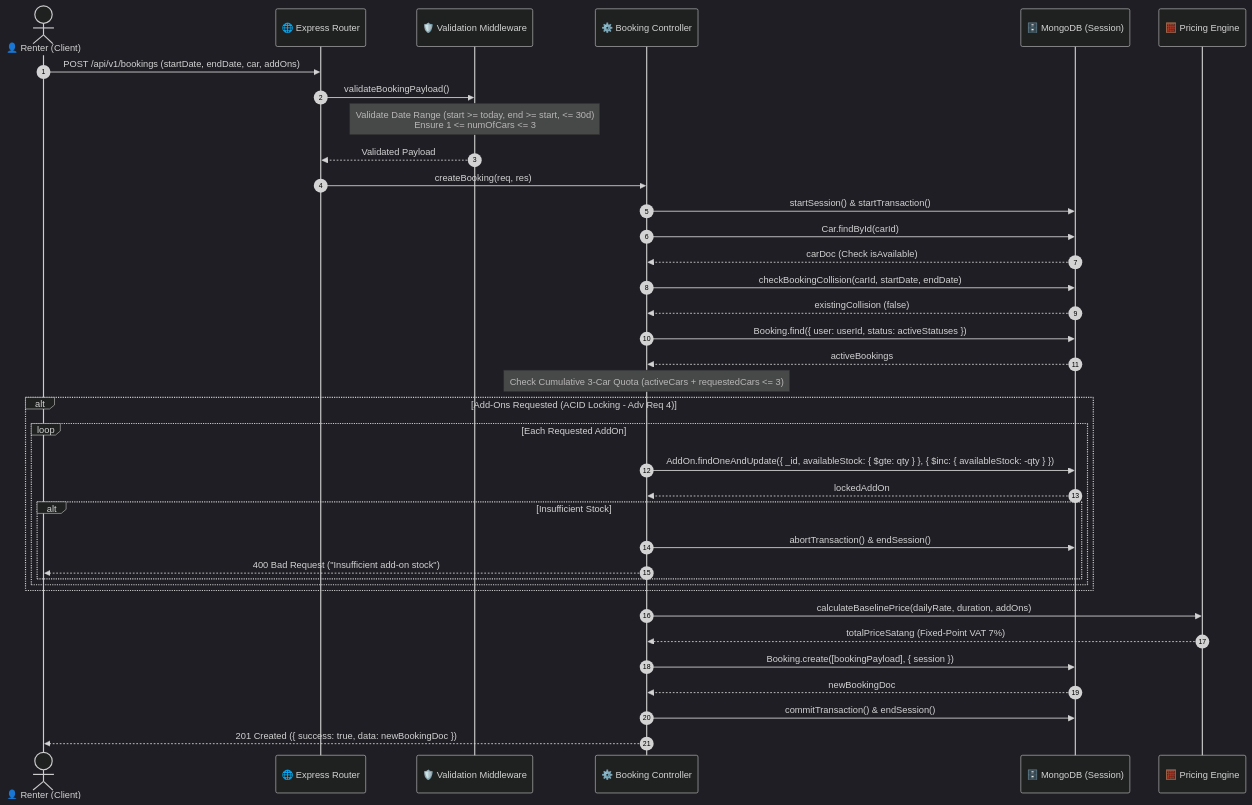
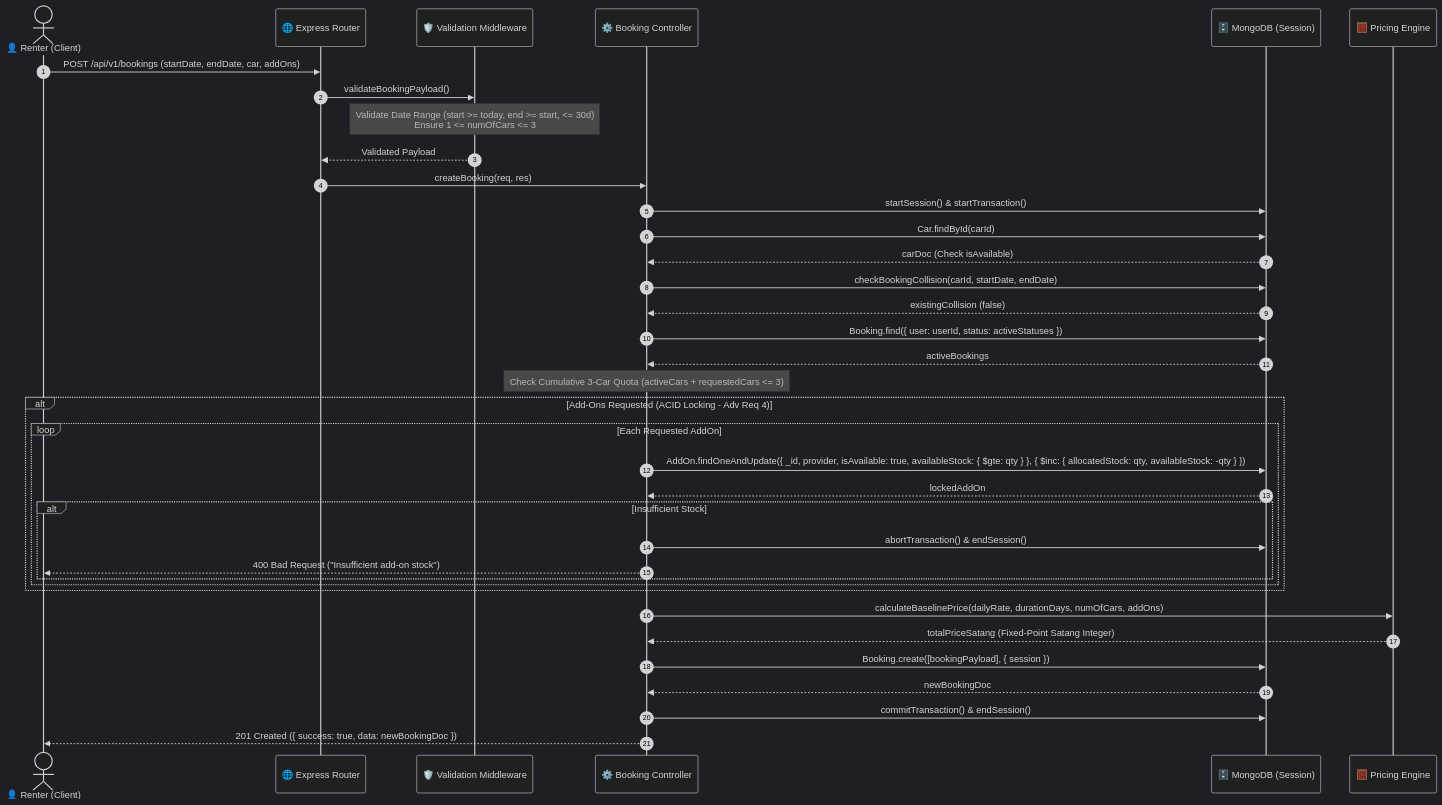
Before and after one commit to worawalan-s/rental-car-booking: the diagram in docs/diagrams/sequence_diagram.md, drawn with Mermaid (dark theme). The commit also changed 1 other file, not shown here.

Commit message:
docs(diagrams): address peer review on Mermaid compartments and ACID sequence accuracy

````diff
--- a/docs/diagrams/sequence_diagram.md
+++ b/docs/diagrams/sequence_diagram.md
@@ -3,48 +3,48 @@
 ```mermaid
 sequenceDiagram
     autonumber
     actor User as 👤 Renter (Client)
     participant Router as 🌐 Express Router
     participant Val as 🛡️ Validation Middleware
     participant Ctrl as ⚙️ Booking Controller
     participant MDB as 🗄️ MongoDB (Session)
     participant Pricing as 🧮 Pricing Engine
 
     User->>Router: POST /api/v1/bookings (startDate, endDate, car, addOns)
     Router->>Val: validateBookingPayload()
     Note over Val: Validate Date Range (start >= today, end >= start, <= 30d)<br/>Ensure 1 <= numOfCars <= 3
     Val-->>Router: Validated Payload
 
     Router->>Ctrl: createBooking(req, res)
     Ctrl->>MDB: startSession() & startTransaction()
 
     Ctrl->>MDB: Car.findById(carId)
     MDB-->>Ctrl: carDoc (Check isAvailable)
 
     Ctrl->>MDB: checkBookingCollision(carId, startDate, endDate)
     MDB-->>Ctrl: existingCollision (false)
 
     Ctrl->>MDB: Booking.find({ user: userId, status: activeStatuses })
     MDB-->>Ctrl: activeBookings
     Note over Ctrl: Check Cumulative 3-Car Quota (activeCars + requestedCars <= 3)
 
     alt Add-Ons Requested (ACID Locking - Adv Req 4)
         loop Each Requested AddOn
-            Ctrl->>MDB: AddOn.findOneAndUpdate({ _id, availableStock: { $gte: qty } }, { $inc: { availableStock: -qty } })
+            Ctrl->>MDB: AddOn.findOneAndUpdate({ _id, provider, isAvailable: true, availableStock: { $gte: qty } }, { $inc: { allocatedStock: qty, availableStock: -qty } })
             MDB-->>Ctrl: lockedAddOn
             alt Insufficient Stock
                 Ctrl->>MDB: abortTransaction() & endSession()
                 Ctrl-->>User: 400 Bad Request ("Insufficient add-on stock")
             end
         end
     end
 
-    Ctrl->>Pricing: calculateBaselinePrice(dailyRate, duration, addOns)
-    Pricing-->>Ctrl: totalPriceSatang (Fixed-Point VAT 7%)
+    Ctrl->>Pricing: calculateBaselinePrice(dailyRate, durationDays, numOfCars, addOns)
+    Pricing-->>Ctrl: totalPriceSatang (Fixed-Point Satang Integer)
 
     Ctrl->>MDB: Booking.create([bookingPayload], { session })
     MDB-->>Ctrl: newBookingDoc
 
     Ctrl->>MDB: commitTransaction() & endSession()
     Ctrl-->>User: 201 Created ({ success: true, data: newBookingDoc })
 ```
````
